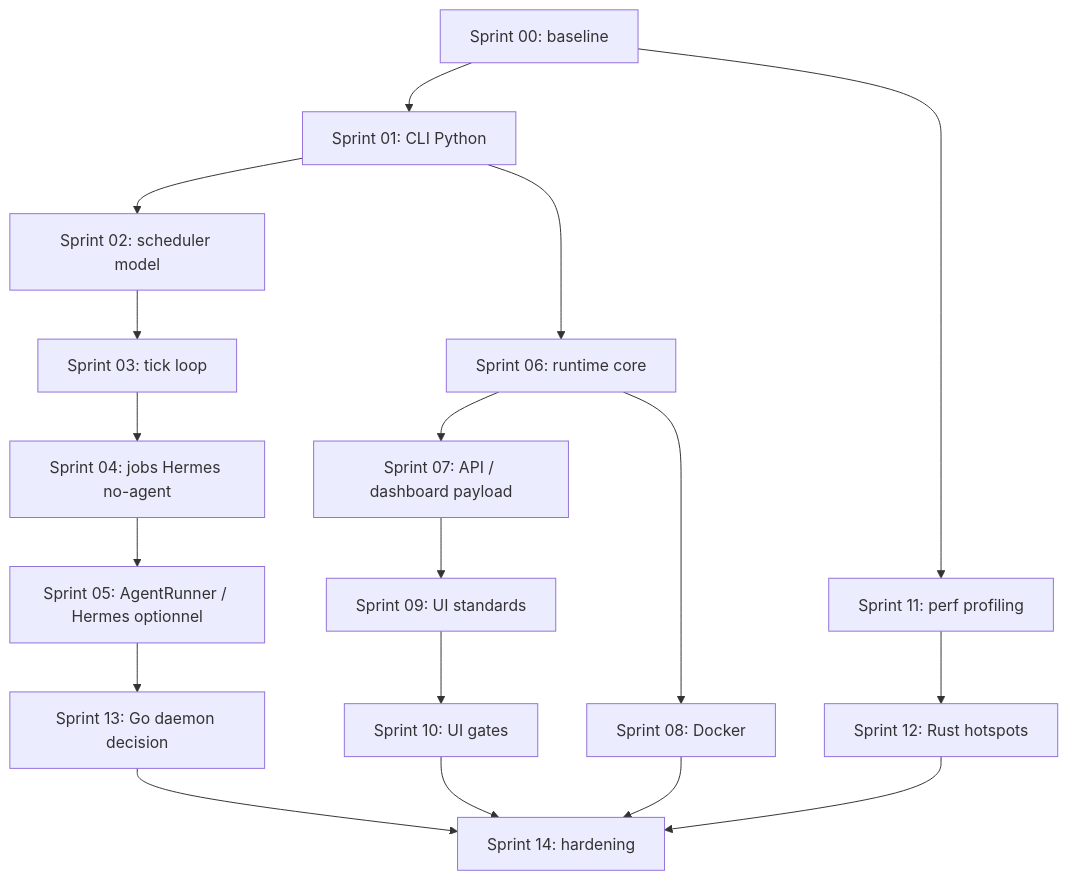
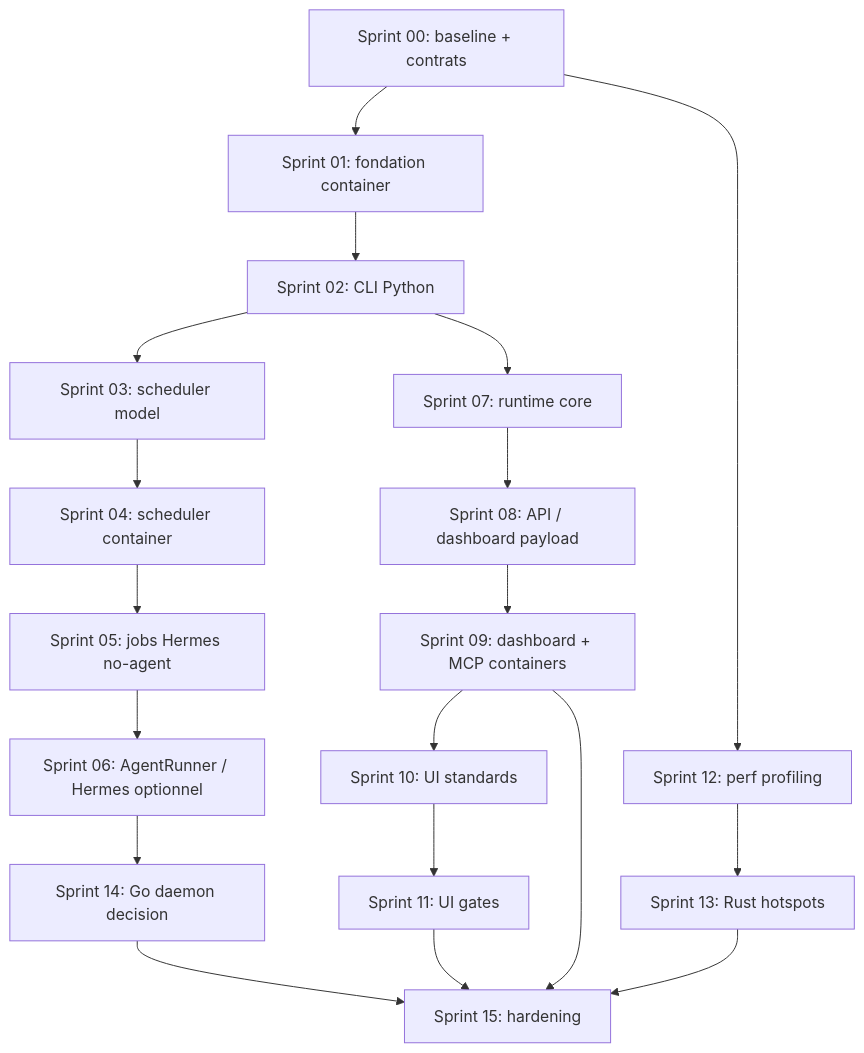
One commit to trabelssi38/devcore changed the diagram in docs/DEV_CORE_v10_UNIFIED_IMPLEMENTATION_ROADMAP.md. Above: the diagram before and after it, drawn with Mermaid. The commit also changed other lines of this file, not shown here.

Commit message:
docs: merge containerization audit into roadmap [T-224]

````diff
--- a/docs/DEV_CORE_v10_UNIFIED_IMPLEMENTATION_ROADMAP.md
+++ b/docs/DEV_CORE_v10_UNIFIED_IMPLEMENTATION_ROADMAP.md
@@ -374,20 +507,21 @@
 ```mermaid
 flowchart TD
-    A["Sprint 00: baseline"] --> B["Sprint 01: CLI Python"]
-    B --> C["Sprint 02: scheduler model"]
-    C --> D["Sprint 03: tick loop"]
-    D --> E["Sprint 04: jobs Hermes no-agent"]
-    E --> F["Sprint 05: AgentRunner / Hermes optionnel"]
-    B --> G["Sprint 06: runtime core"]
-    G --> H["Sprint 07: API / dashboard payload"]
-    G --> I["Sprint 08: Docker"]
-    H --> J["Sprint 09: UI standards"]
-    J --> K["Sprint 10: UI gates"]
-    A --> L["Sprint 11: perf profiling"]
-    L --> M["Sprint 12: Rust hotspots"]
-    F --> N["Sprint 13: Go daemon decision"]
-    I --> O["Sprint 14: hardening"]
-    K --> O
-    M --> O
-    N --> O
+    A["Sprint 00: baseline + contrats"] --> B["Sprint 01: fondation container"]
+    B --> C["Sprint 02: CLI Python"]
+    C --> D["Sprint 03: scheduler model"]
+    D --> E["Sprint 04: scheduler container"]
+    E --> F["Sprint 05: jobs Hermes no-agent"]
+    F --> G["Sprint 06: AgentRunner / Hermes optionnel"]
+    C --> H["Sprint 07: runtime core"]
+    H --> I["Sprint 08: API / dashboard payload"]
+    I --> J["Sprint 09: dashboard + MCP containers"]
+    J --> K["Sprint 10: UI standards"]
+    K --> L["Sprint 11: UI gates"]
+    A --> M["Sprint 12: perf profiling"]
+    M --> N["Sprint 13: Rust hotspots"]
+    G --> O["Sprint 14: Go daemon decision"]
+    J --> P["Sprint 15: hardening"]
+    L --> P
+    N --> P
+    O --> P
 ```
````
